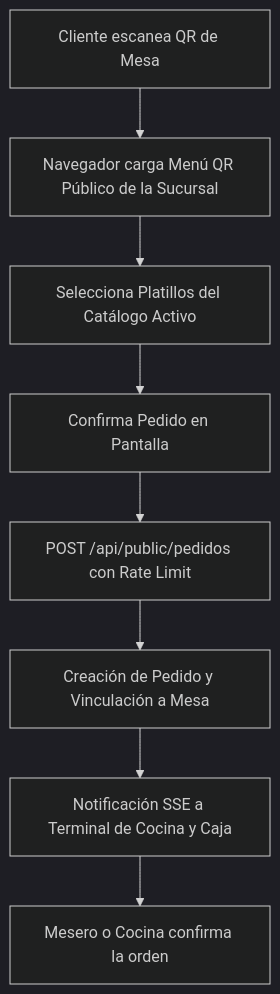
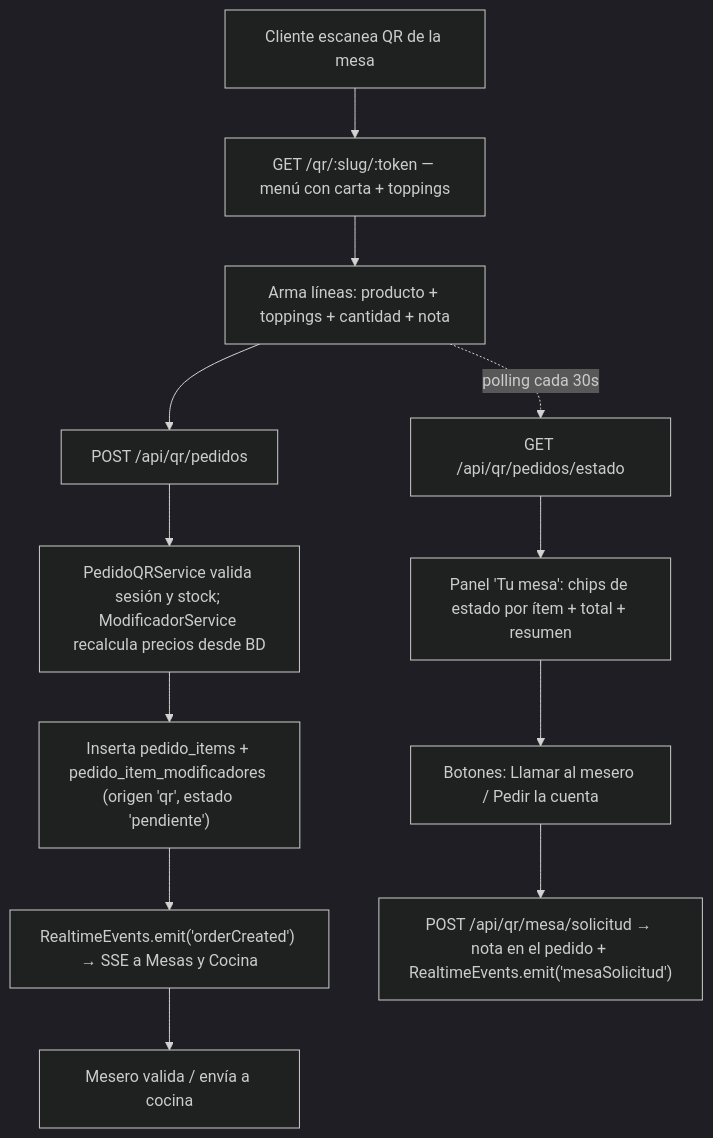
One commit to samuelyepesdev/Gastroflow changed the diagram in docs/modulos/04_menu_qr.md. Above: the diagram before and after it, drawn with Mermaid (dark theme). The commit also changed other lines of this file and 14 other files, not shown here.

Commit message:
docs: create structured documentation suite including module guides, diagrams, and updated README

````diff
--- a/docs/modulos/04_menu_qr.md
+++ b/docs/modulos/04_menu_qr.md
@@ -23,10 +33,14 @@
 ```mermaid
 graph TD
-    A[Cliente escanea QR de Mesa] --> B[Navegador carga Menú QR Público de la Sucursal]
-    B --> C[Selecciona Platillos del Catálogo Activo]
-    C --> D[Confirma Pedido en Pantalla]
-    D --> E[POST /api/public/pedidos con Rate Limit]
-    E --> F[Creación de Pedido y Vinculación a Mesa]
-    F --> G[Notificación SSE a Terminal de Cocina y Caja]
-    G --> H[Mesero o Cocina confirma la orden]
+    A["Cliente escanea QR de la mesa"] --> B["GET /qr/:slug/:token — menú con carta + toppings"]
+    B --> C["Arma líneas: producto + toppings + cantidad + nota"]
+    C --> D["POST /api/qr/pedidos"]
+    D --> E["PedidoQRService valida sesión y stock; ModificadorService recalcula precios desde BD"]
+    E --> F["Inserta pedido_items + pedido_item_modificadores (origen 'qr', estado 'pendiente')"]
+    F --> G["RealtimeEvents.emit('orderCreated') → SSE a Mesas y Cocina"]
+    G --> H["Mesero valida / envía a cocina"]
+    C -. "polling cada 30s" .-> I["GET /api/qr/pedidos/estado"]
+    I --> J["Panel 'Tu mesa': chips de estado por ítem + total + resumen"]
+    J --> K["Botones: Llamar al mesero / Pedir la cuenta"]
+    K --> L["POST /api/qr/mesa/solicitud → nota en el pedido + RealtimeEvents.emit('mesaSolicitud')"]
 ```
````
